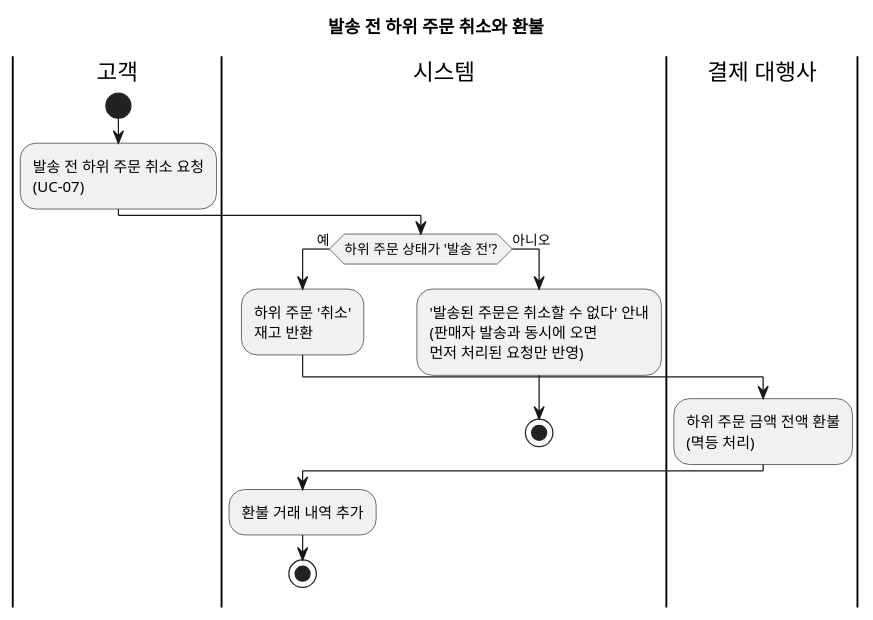
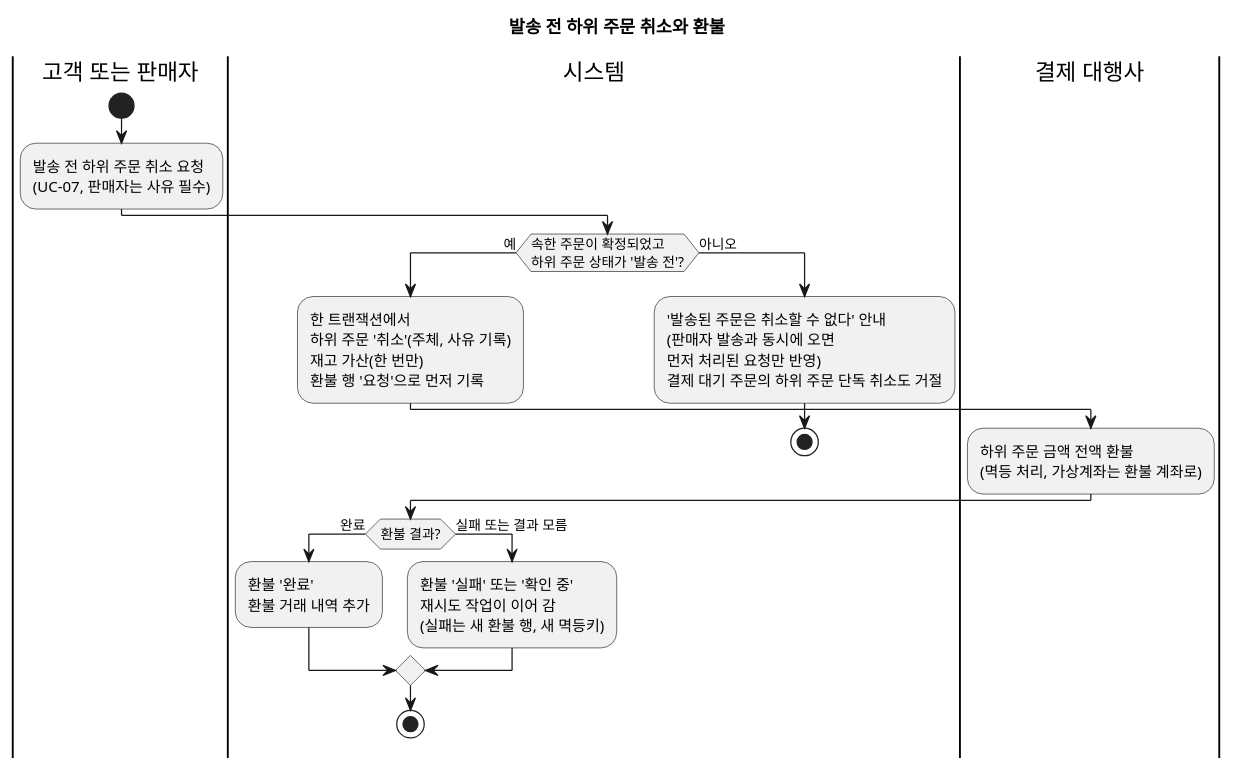
The diagram in specs/001-multiseller-commerce-core/diagrams/business-process-cancel.puml (parknahyun/shopflow), drawn with PlantUML before and after one commit. The commit also changed 17 other files, not shown here.

```diff
--- a/specs/001-multiseller-commerce-core/diagrams/business-process-cancel.puml
+++ b/specs/001-multiseller-commerce-core/diagrams/business-process-cancel.puml
@@ -1,21 +1,25 @@
 @startuml
-' 비즈니스 프로세스: 발송 전 하위 주문 취소와 환불
+' 비즈니스 프로세스: 발송 전 하위 주문 취소와 환불 (고객, 판매자)
 title 발송 전 하위 주문 취소와 환불
 
-|고객|
+|고객 또는 판매자|
 start
-:발송 전 하위 주문 취소 요청\n(UC-07);
+:발송 전 하위 주문 취소 요청\n(UC-07, 판매자는 사유 필수);
 
 |시스템|
-if (하위 주문 상태가 '발송 전'?) then (예)
-  :하위 주문 '취소'\n재고 반환;
+if (속한 주문이 확정되었고\n하위 주문 상태가 '발송 전'?) then (예)
+  :한 트랜잭션에서\n하위 주문 '취소'(주체, 사유 기록)\n재고 가산(한 번만)\n환불 행 '요청'으로 먼저 기록;
   |결제 대행사|
-  :하위 주문 금액 전액 환불\n(멱등 처리);
+  :하위 주문 금액 전액 환불\n(멱등 처리, 가상계좌는 환불 계좌로);
   |시스템|
-  :환불 거래 내역 추가;
+  if (환불 결과?) then (완료)
+    :환불 '완료'\n환불 거래 내역 추가;
+  else (실패 또는 결과 모름)
+    :환불 '실패' 또는 '확인 중'\n재시도 작업이 이어 감\n(실패는 새 환불 행, 새 멱등키);
+  endif
   stop
 else (아니오)
-  :'발송된 주문은 취소할 수 없다' 안내\n(판매자 발송과 동시에 오면\n먼저 처리된 요청만 반영);
+  :'발송된 주문은 취소할 수 없다' 안내\n(판매자 발송과 동시에 오면\n먼저 처리된 요청만 반영)\n결제 대기 주문의 하위 주문 단독 취소도 거절;
   stop
 endif
 @enduml
```
